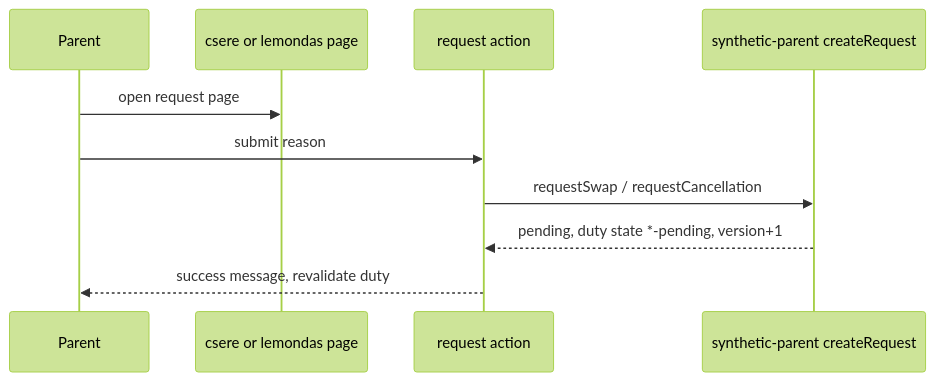
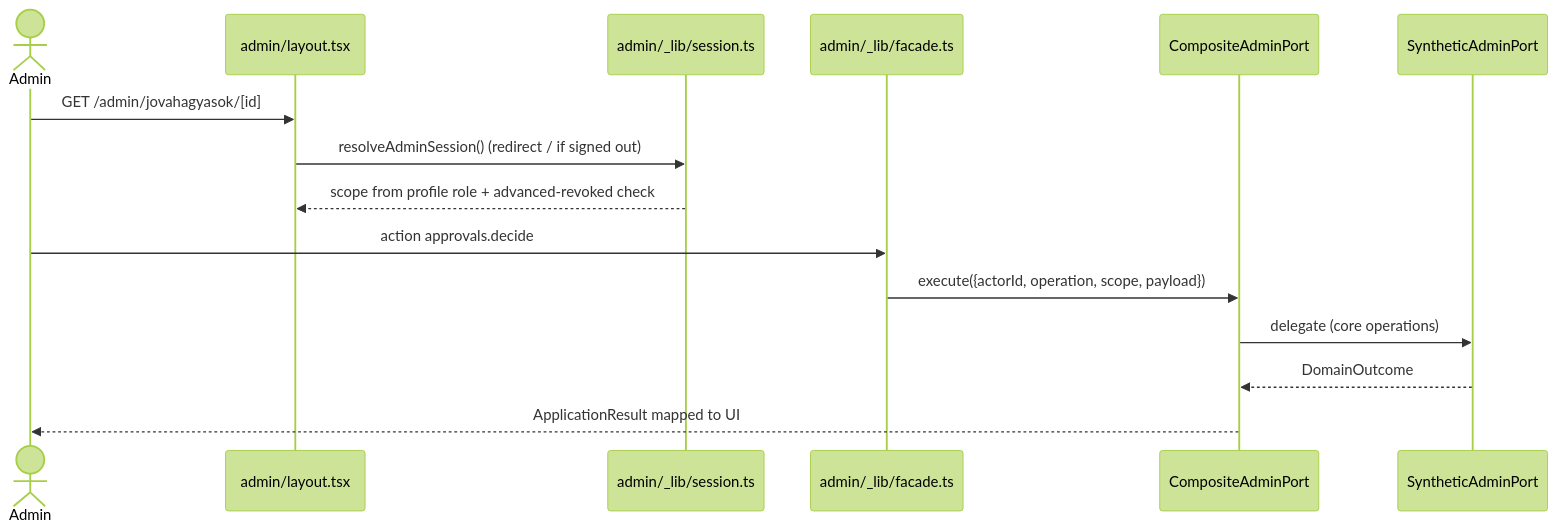
The fourth of 5 diagrams in aidlc/spaces/default/codekb/waldorf-community-task-manager/architecture.md (bbotond83/waldorf-community-task-manager), drawn with Mermaid (forest theme) before and after one commit. The commit also changed other lines of this file and 134 other files, not shown here.

````diff
--- a/aidlc/spaces/default/codekb/waldorf-community-task-manager/architecture.md
+++ b/aidlc/spaces/default/codekb/waldorf-community-task-manager/architecture.md
@@ -115,12 +174,17 @@
 ```mermaid
 sequenceDiagram
-  participant U as Parent
-  participant R as csere or lemondas page
-  participant A as request action
-  participant S as synthetic-parent createRequest
-  U->>R: open request page
-  U->>A: submit reason
-  A->>S: requestSwap / requestCancellation
-  S-->>A: pending, duty state *-pending, version+1
-  A-->>U: success message, revalidate duty
+  actor A as Admin
+  participant L as admin/layout.tsx
+  participant S as admin/_lib/session.ts
+  participant F as admin/_lib/facade.ts
+  participant CP as CompositeAdminPort
+  participant AP as SyntheticAdminPort
+  A->>L: GET /admin/jovahagyasok/[id]
+  L->>S: resolveAdminSession() (redirect / if signed out)
+  S-->>L: scope from profile role + advanced-revoked check
+  A->>F: action approvals.decide
+  F->>CP: execute({actorId, operation, scope, payload})
+  CP->>AP: delegate (core operations)
+  AP-->>CP: DomainOutcome
+  CP-->>A: ApplicationResult mapped to UI
 ```
````
